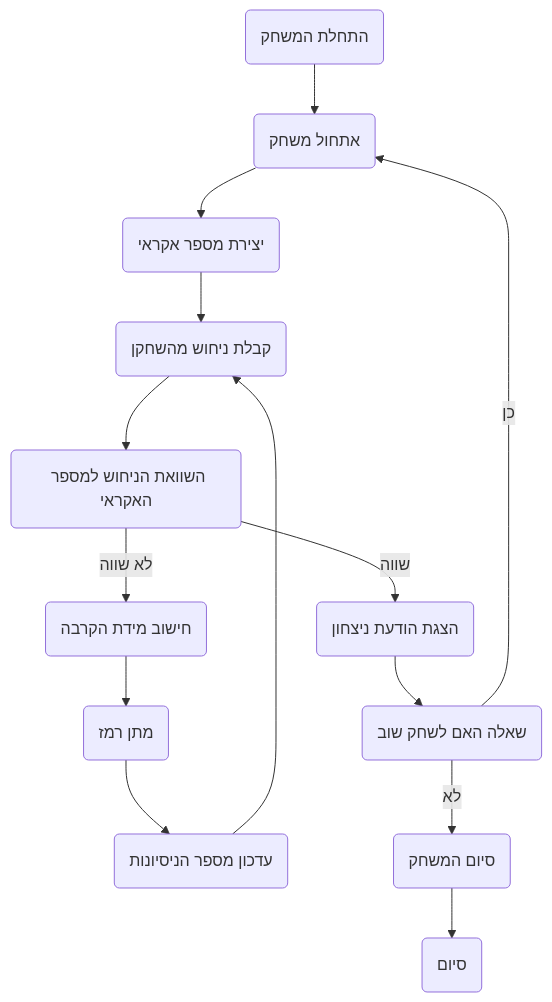
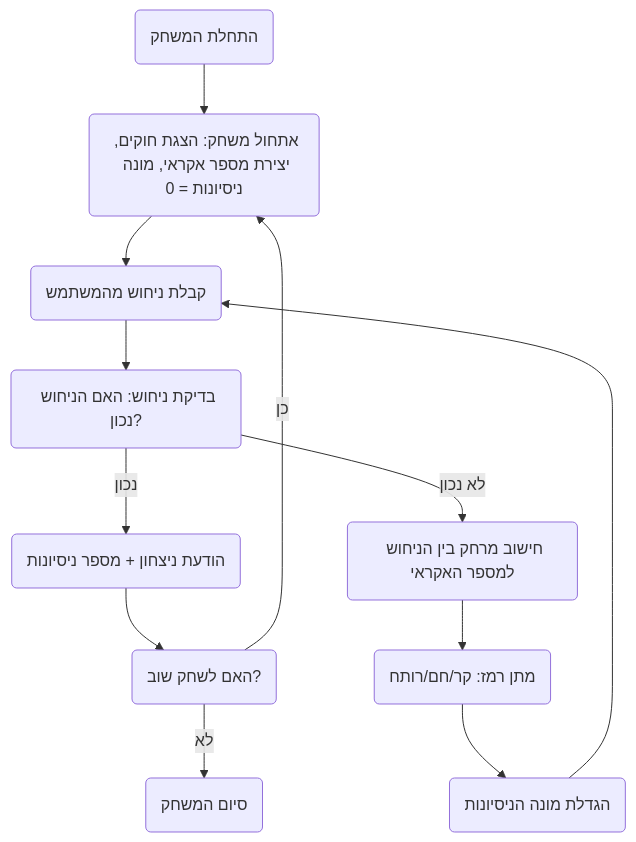
One commit to hypo69/hypo changed the diagram in docs/gemini/he/explainer/src/endpoints/ai_games/101_basic_computer_games/ru/rules/51_hmrabi.ru.md.md. Above: the diagram before and after it, drawn with Mermaid. The commit also changed other lines of this file and 885 other files, not shown here.

````diff
--- a/docs/gemini/he/explainer/src/endpoints/ai_games/101_basic_computer_games/ru/rules/51_hmrabi.ru.md.md
+++ b/docs/gemini/he/explainer/src/endpoints/ai_games/101_basic_computer_games/ru/rules/51_hmrabi.ru.md.md
@@ -42,16 +28,14 @@
 ```mermaid
 flowchart TD
-    Start(התחלת המשחק) --> InitGame(אתחול משחק);
-    InitGame --> GenRandom(יצירת מספר אקראי);
-    GenRandom --> PlayerGuess(קבלת ניחוש מהשחקן);
-    PlayerGuess --> CompareGuess(השוואת הניחוש למספר האקראי);
-    CompareGuess -- שווה --> WinMessage(הצגת הודעת ניצחון);
-    CompareGuess -- לא שווה --> CalcProximity(חישוב מידת הקרבה);
-    CalcProximity --> GiveHint(מתן רמז);
-    GiveHint --> UpdateAttempts(עדכון מספר הניסיונות);
-    UpdateAttempts --> PlayerGuess;
-    WinMessage --> AskPlayAgain(שאלה האם לשחק שוב);
-    AskPlayAgain -- כן --> InitGame;
-    AskPlayAgain -- לא --> EndGame(סיום המשחק);
-    EndGame --> Stop(סיום);
+    Start(התחלת המשחק) --> Initialize(אתחול משחק: הצגת חוקים, יצירת מספר אקראי, מונה ניסיונות = 0);
+    Initialize --> GetGuess(קבלת ניחוש מהמשתמש);
+    GetGuess --> CheckGuess(בדיקת ניחוש: האם הניחוש נכון?);
+    CheckGuess -- נכון --> WinMessage(הודעת ניצחון + מספר ניסיונות);
+    WinMessage --> PlayAgain(האם לשחק שוב?);
+    CheckGuess -- לא נכון --> CalculateDistance(חישוב מרחק בין הניחוש למספר האקראי);
+    CalculateDistance --> ProvideHint(מתן רמז: קר/חם/רותח);
+    ProvideHint --> IncreaseTries(הגדלת מונה הניסיונות);
+     IncreaseTries --> GetGuess
+    PlayAgain -- כן --> Initialize
+    PlayAgain -- לא --> End(סיום המשחק);
 ```
````
